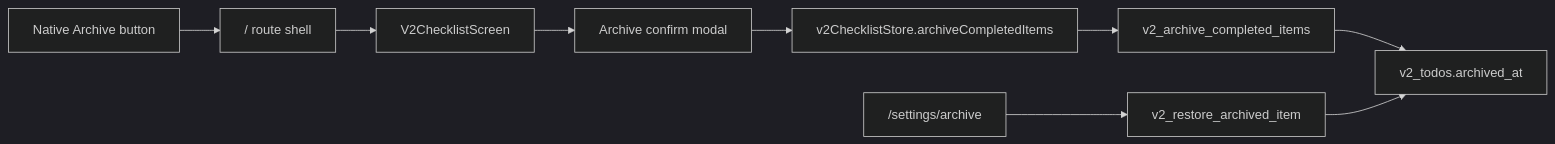
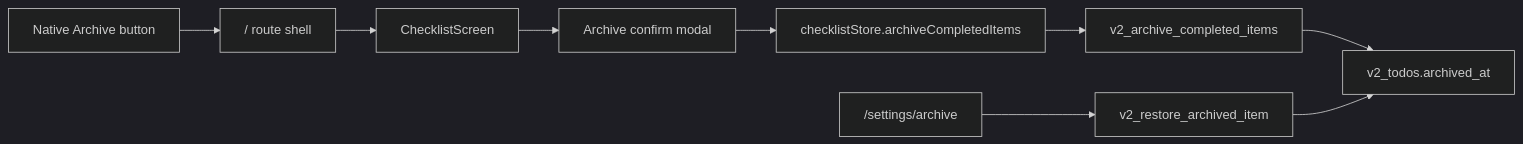
One commit to U-Keun/Tickly changed the diagram in docs/v2-notes/015-archive-direction.md. Above: the diagram before and after it, drawn with Mermaid (dark theme). The commit also changed 167 other files, not shown here.

````diff
--- a/docs/v2-notes/015-archive-direction.md
+++ b/docs/v2-notes/015-archive-direction.md
@@ -11,11 +11,11 @@
 ```mermaid
 flowchart LR
   Dock["Native Archive button"] --> Root["/ route shell"]
-  Root --> Screen["V2ChecklistScreen"]
+  Root --> Screen["ChecklistScreen"]
   Screen --> Confirm["Archive confirm modal"]
-  Confirm --> Store["v2ChecklistStore.archiveCompletedItems"]
+  Confirm --> Store["checklistStore.archiveCompletedItems"]
   Store --> Command["v2_archive_completed_items"]
   Command --> Todo["v2_todos.archived_at"]
   Settings["/settings/archive"] --> Restore["v2_restore_archived_item"]
   Restore --> Todo
 ```
````
